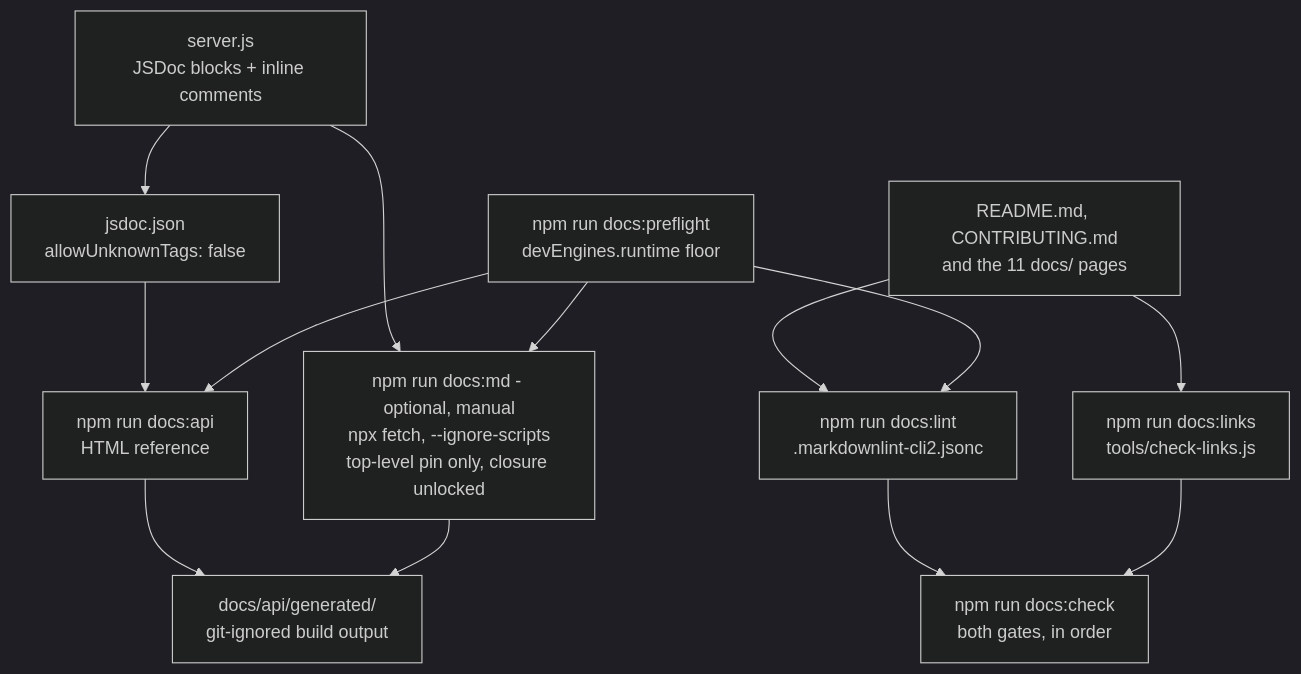
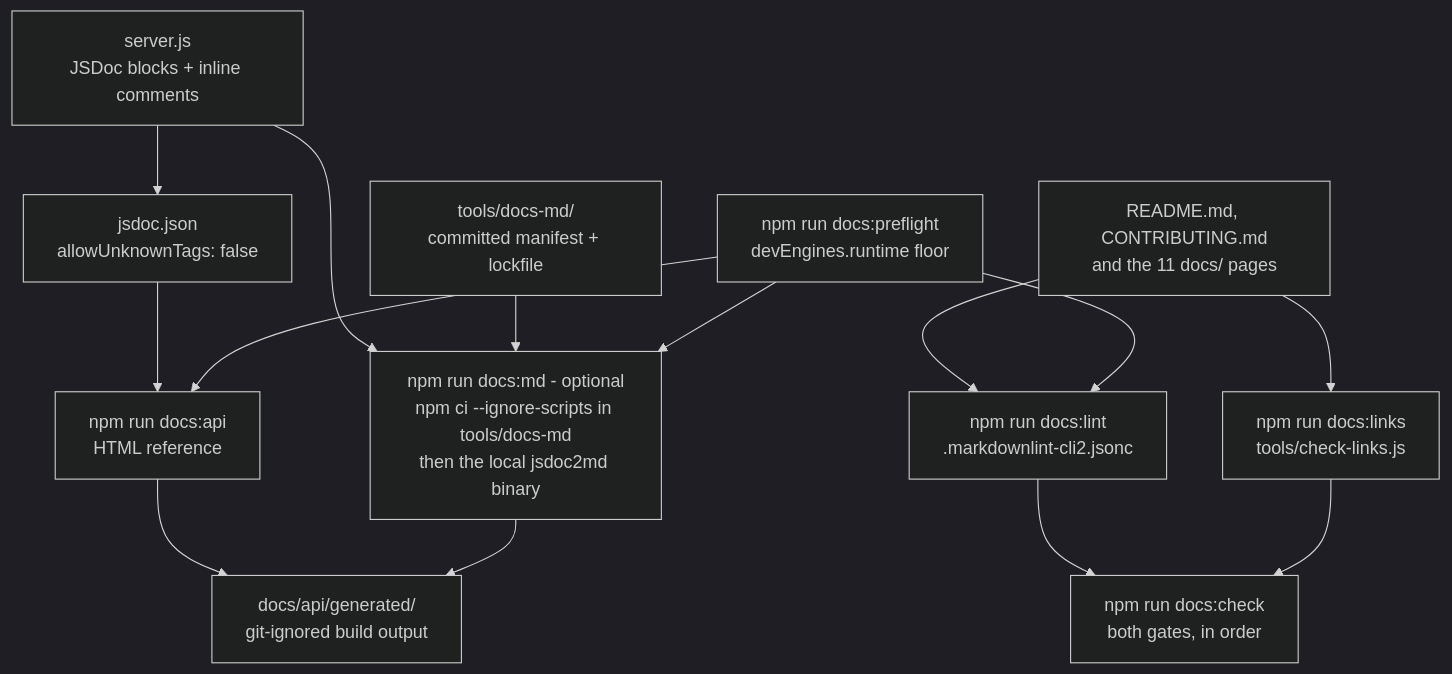
Before and after one commit to Sandeep01Kumar/existing-projects-qa-test-03-dec: the diagram in CONTRIBUTING.md, drawn with Mermaid (dark theme). The commit also changed other lines of this file and 18 other files, not shown here.

````diff
--- a/CONTRIBUTING.md
+++ b/CONTRIBUTING.md
@@ -166,27 +167,29 @@
 ```mermaid
 flowchart TD
     SRC["server.js<br/>JSDoc blocks + inline comments"]
     CFG["jsdoc.json<br/>allowUnknownTags: false"]
     API["npm run docs:api<br/>HTML reference"]
-    MD["npm run docs:md - optional, manual<br/>npx fetch, --ignore-scripts<br/>top-level pin only, closure unlocked"]
+    MD["npm run docs:md - optional<br/>npm ci --ignore-scripts in tools/docs-md<br/>then the local jsdoc2md binary"]
+    TOOL["tools/docs-md/<br/>committed manifest + lockfile"]
     GEN["docs/api/generated/<br/>git-ignored build output"]
     PAGES["README.md, CONTRIBUTING.md<br/>and the 11 docs/ pages"]
     LINT["npm run docs:lint<br/>.markdownlint-cli2.jsonc"]
     LINKS["npm run docs:links<br/>tools/check-links.js"]
     CHECK["npm run docs:check<br/>both gates, in order"]
     PRE["npm run docs:preflight<br/>devEngines.runtime floor"]
     SRC --> CFG
     CFG --> API
     SRC --> MD
+    TOOL --> MD
     API --> GEN
     MD --> GEN
     PAGES --> LINT
     PAGES --> LINKS
     LINT --> CHECK
     LINKS --> CHECK
     PRE --> API
     PRE --> MD
     PRE --> LINT
 %% Generated output is never linted and never linked: authored pages are the
 %% corpus, and docs/api/generated/ is a disposable product of the same source.
 ```
````
